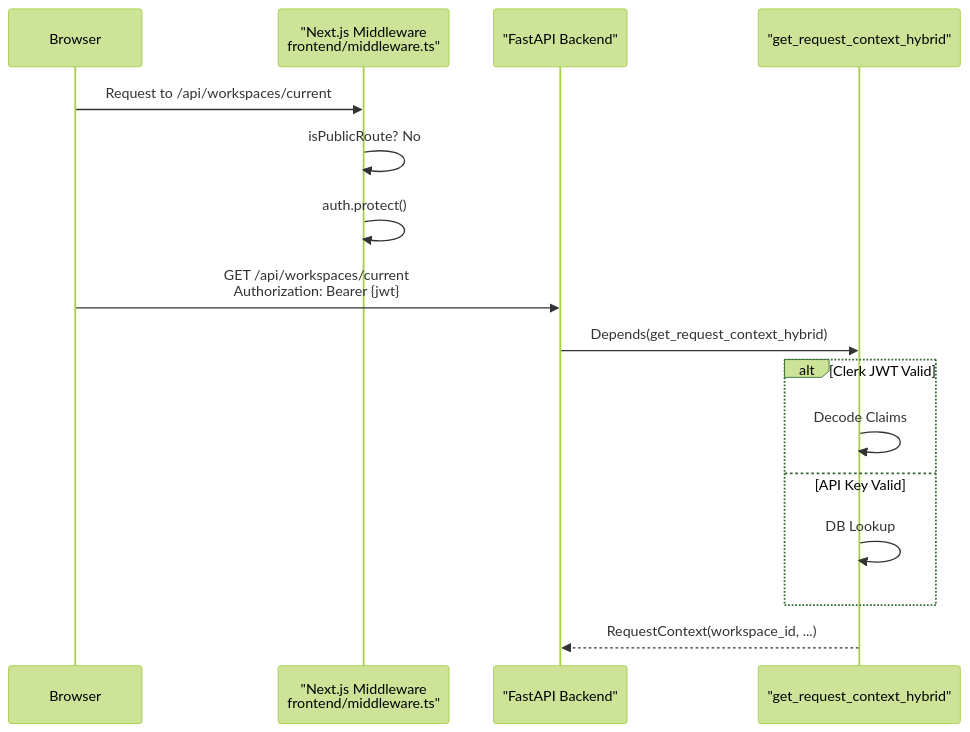
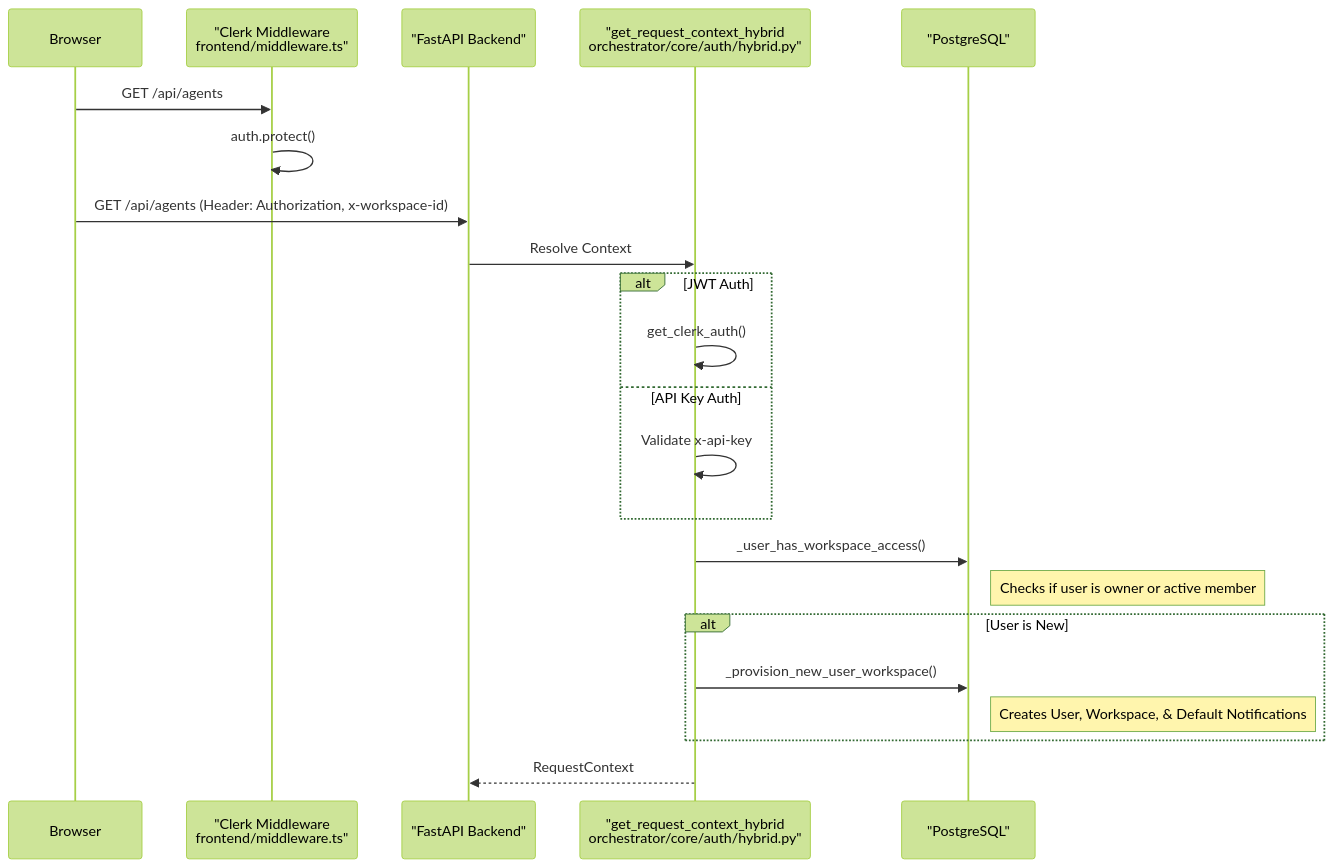
One commit to AutomatosAI/automatos-ai changed the second of 2 diagrams in docs/authentication-multi-tenancy/authentication-flow.md. Above: the diagram before and after it, drawn with Mermaid (forest theme). The commit also changed other lines of this file and 153 other files, not shown here.

````diff
--- a/docs/authentication-multi-tenancy/authentication-flow.md
+++ b/docs/authentication-multi-tenancy/authentication-flow.md
@@ -133,23 +112,30 @@
 ```mermaid
 sequenceDiagram
     participant Browser
-    participant Middleware as "Next.js Middleware<br/>frontend/middleware.ts"
+    participant Middleware as "Clerk Middleware<br/>frontend/middleware.ts"
     participant Backend as "FastAPI Backend"
-    participant HybridAuth as "get_request_context_hybrid"
+    participant HybridAuth as "get_request_context_hybrid<br/>orchestrator/core/auth/hybrid.py"
+    participant DB as "PostgreSQL"
     
-    Browser->>Middleware: Request to /api/workspaces/current
-    Middleware->>Middleware: isPublicRoute? No
+    Browser->>Middleware: GET /api/agents
     Middleware->>Middleware: auth.protect()
     
-    Browser->>Backend: GET /api/workspaces/current<br/>Authorization: Bearer {jwt}
+    Browser->>Backend: GET /api/agents (Header: Authorization, x-workspace-id)
+    Backend->>HybridAuth: Resolve Context
     
-    Backend->>HybridAuth: Depends(get_request_context_hybrid)
-    
-    alt Clerk JWT Valid
-        HybridAuth->>HybridAuth: Decode Claims
-    else API Key Valid
-        HybridAuth->>HybridAuth: DB Lookup
+    alt JWT Auth
+        HybridAuth->>HybridAuth: get_clerk_auth()
+    else API Key Auth
+        HybridAuth->>HybridAuth: Validate x-api-key
     end
     
-    HybridAuth-->>Backend: RequestContext(workspace_id, ...)
+    HybridAuth->>DB: _user_has_workspace_access()
+    Note right of DB: Checks if user is owner or active member
+    
+    alt User is New
+        HybridAuth->>DB: _provision_new_user_workspace()
+        Note right of DB: Creates User, Workspace, & Default Notifications
+    end
+    
+    HybridAuth-->>Backend: RequestContext
 ```
````
